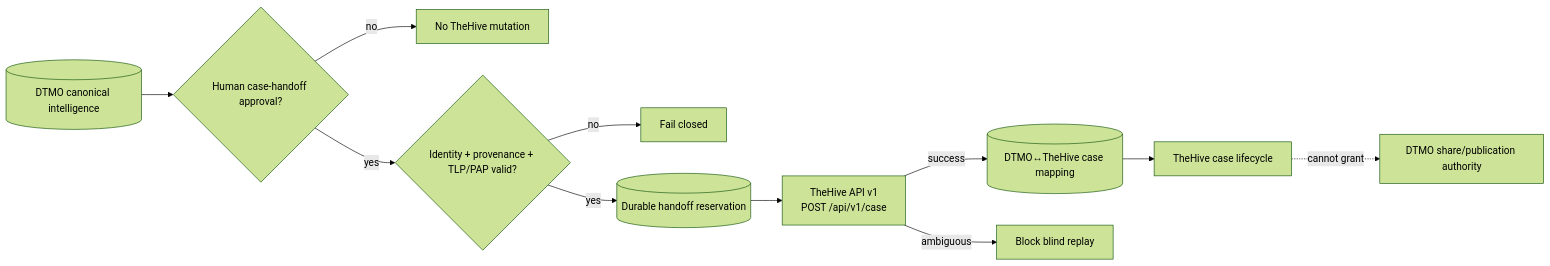
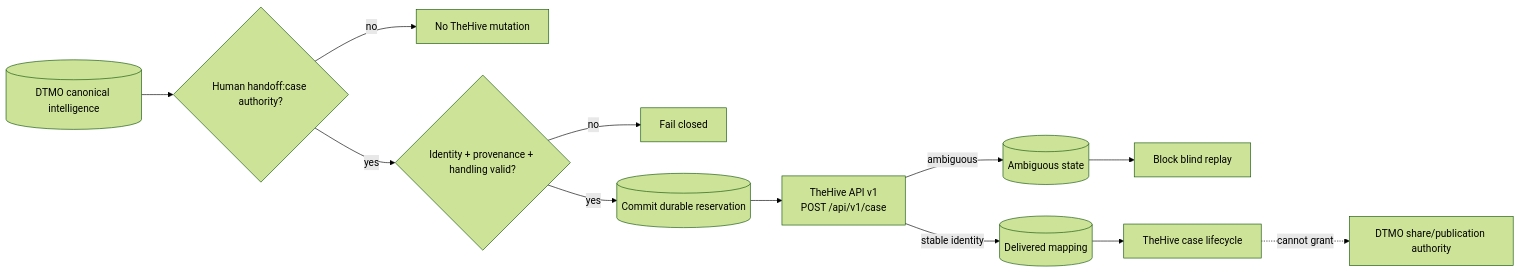
Before and after one commit to GJvManen/dtmo: the diagram in docs/roadmap/PRODUCTION_ROADMAP.md, drawn with Mermaid (forest theme). The commit also changed other lines of this file, not shown here.

Commit message:
Advance production roadmap to TheHive implementation validation

````diff
--- a/docs/roadmap/PRODUCTION_ROADMAP.md
+++ b/docs/roadmap/PRODUCTION_ROADMAP.md
@@ -61,13 +66,14 @@
 ```mermaid
 flowchart LR
-    D[(DTMO canonical intelligence)] --> A{Human case-handoff approval?}
+    D[(DTMO canonical intelligence)] --> A{Human handoff:case authority?}
     A -->|no| N[No TheHive mutation]
-    A -->|yes| V{Identity + provenance + TLP/PAP valid?}
+    A -->|yes| V{Identity + provenance + handling valid?}
     V -->|no| X[Fail closed]
-    V -->|yes| R[(Durable handoff reservation)]
+    V -->|yes| R[(Commit durable reservation)]
     R --> T[TheHive API v1\nPOST /api/v1/case]
-    T -->|success| M[(DTMO↔TheHive case mapping)]
-    T -->|ambiguous| U[Block blind replay]
+    T -->|stable identity| M[(Delivered mapping)]
+    T -->|ambiguous| U[(Ambiguous state)]
+    U --> B[Block blind replay]
     M --> H[TheHive case lifecycle]
     H -. cannot grant .-> S[DTMO share/publication authority]
 ```
````
